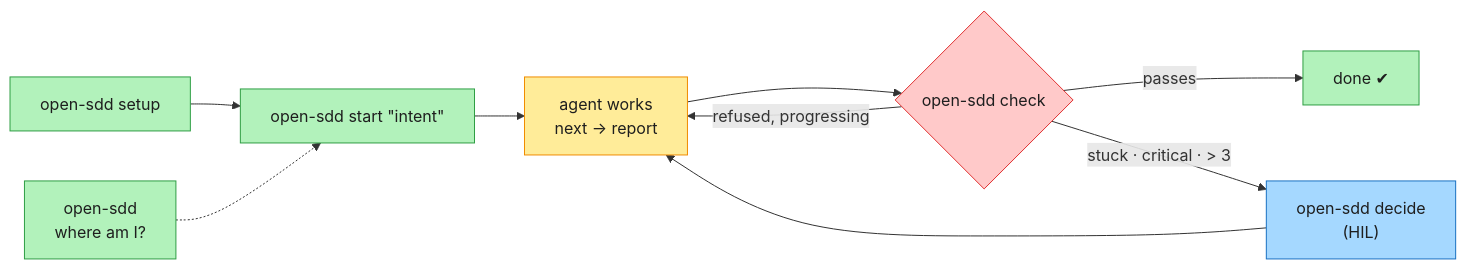
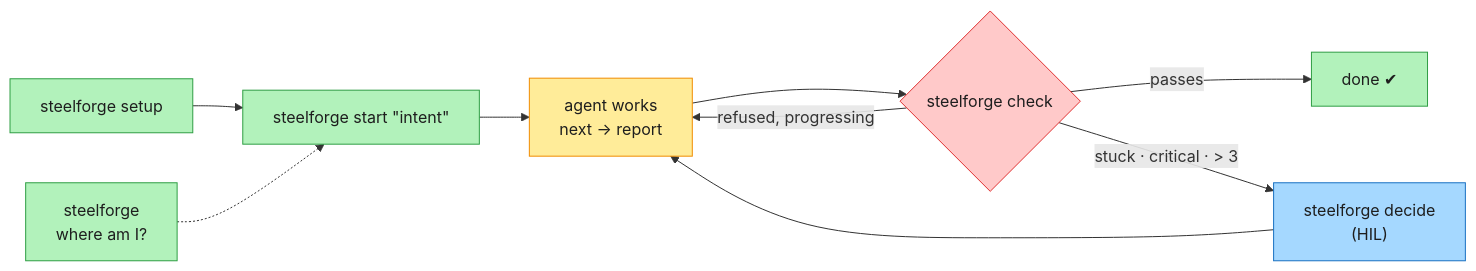
One commit to Brujo2020/OpenSDD changed the first of 12 diagrams in README.md. Above: the diagram before and after it, drawn with Mermaid. The commit also changed other lines of this file and 467 other files, not shown here.

````diff
--- a/README.md
+++ b/README.md
@@ -28,15 +39,15 @@
 ```mermaid
 flowchart LR
-  A["open-sdd setup"]:::auto --> B["open-sdd start &quot;intent&quot;"]:::auto
+  A["steelforge setup"]:::auto --> B["steelforge start &quot;intent&quot;"]:::auto
   B --> C["agent works<br/>next → report"]:::advisory
-  C --> D{"open-sdd check"}:::block
+  C --> D{"steelforge check"}:::block
   D -- passes --> E["done ✔"]:::auto
   D -- refused, progressing --> C
-  D -- "stuck · critical · > 3" --> F["open-sdd decide<br/>(HIL)"]:::human
+  D -- "stuck · critical · > 3" --> F["steelforge decide<br/>(HIL)"]:::human
   F --> C
-  G["open-sdd<br/>where am I?"]:::auto -.-> B
+  G["steelforge<br/>where am I?"]:::auto -.-> B
   classDef auto fill:#b2f2bb,stroke:#2f9e44,color:#1e1e1e
   classDef advisory fill:#ffec99,stroke:#f08c00,color:#1e1e1e
   classDef block fill:#ffc9c9,stroke:#e03131,color:#1e1e1e
   classDef human fill:#a5d8ff,stroke:#1971c2,color:#1e1e1e
 ```
````
